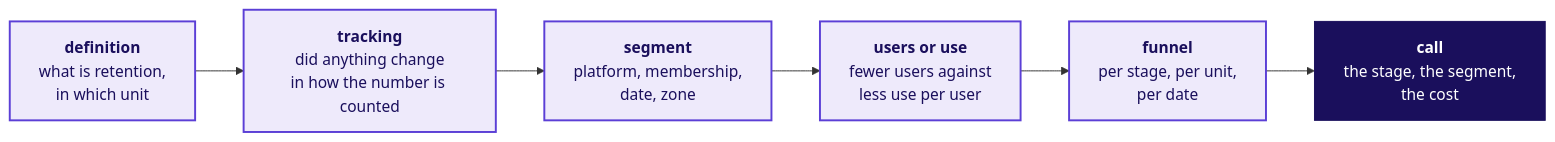
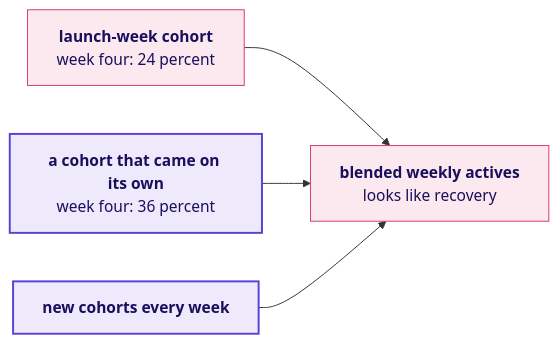
Before and after one commit to fde-academy-lab/c2-content-factory: the third of 3 diagrams in content/W04/D4/slides/C2_W04_D04_half2_STUDENT.md, drawn with Mermaid. The commit also changed other lines of this file and 43 other files, not shown here.

````diff
--- a/content/W04/D4/slides/C2_W04_D04_half2_STUDENT.md
+++ b/content/W04/D4/slides/C2_W04_D04_half2_STUDENT.md
@@ -134,12 +176,10 @@
 ```mermaid
 flowchart LR
-    A["<b>definition</b><br/>what is retention,<br/>in which unit"] --> B["<b>tracking</b><br/>did anything change<br/>in how the number is counted"]
-    B --> C["<b>segment</b><br/>platform, membership,<br/>date, zone"]
-    C --> D["<b>users or use</b><br/>fewer users against<br/>less use per user"]
-    D --> E["<b>funnel</b><br/>per stage, per unit,<br/>per date"]
-    E --> F["<b>call</b><br/>the stage, the segment,<br/>the cost"]
+    L["<b>launch-week cohort</b><br/>week four: 24 percent"] --> B["<b>blended weekly actives</b><br/>looks like recovery"]
+    O["<b>a cohort that came on its own</b><br/>week four: 36 percent"] --> B
+    N["<b>new cohorts every week</b>"] --> B
     classDef known fill:#EEEAFB,stroke:#5B3FD6,color:#1A0F5C,stroke-width:2px
-    classDef lit fill:#1A0F5C,stroke:#1A0F5C,color:#FFFFFF
-    class A,B,C,D,E known
-    class F lit
+    classDef bad fill:#FBE9EF,stroke:#D63A6A,color:#1A0F5C
+    class O,N known
+    class L,B bad
 ```
````
